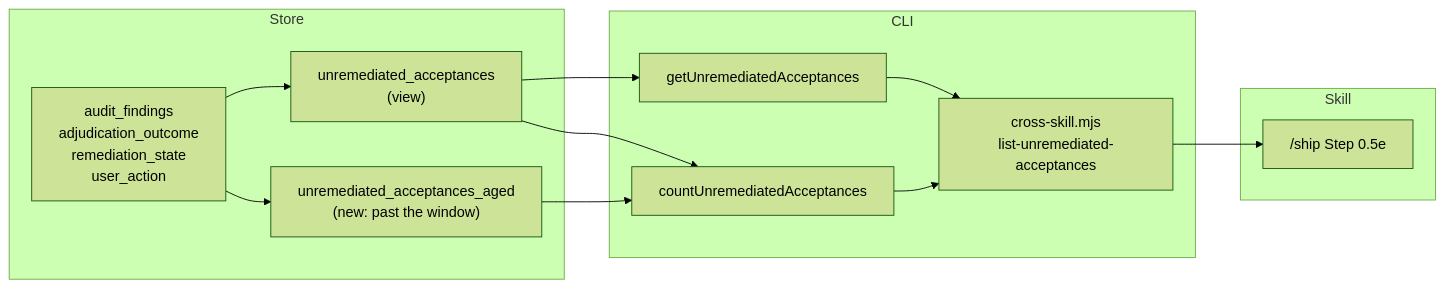
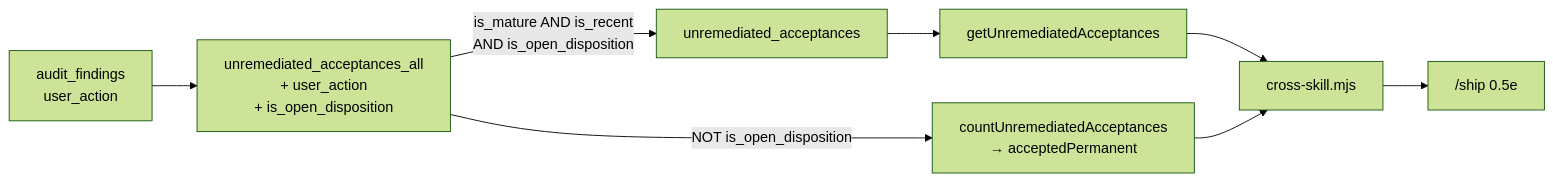
Before and after one commit to Lbstrydom/claude-engineering-skills: the diagram in docs/plans/unremediated-acceptance-backlog.md, drawn with Mermaid (forest theme). The commit also changed other lines of this file and 12 other files, not shown here.

````diff
--- a/docs/plans/unremediated-acceptance-backlog.md
+++ b/docs/plans/unremediated-acceptance-backlog.md
@@ -91,24 +82,10 @@
 ```mermaid
 graph LR
-  subgraph Store
-    AF["audit_findings<br/>adjudication_outcome<br/>remediation_state<br/>user_action"]
-    V["unremediated_acceptances<br/>(view)"]
-    VA["unremediated_acceptances_aged<br/>(new: past the window)"]
-  end
-  subgraph CLI
-    R["getUnremediatedAcceptances"]
-    C["countUnremediatedAcceptances"]
-    X["cross-skill.mjs<br/>list-unremediated-acceptances"]
-  end
-  subgraph Skill
-    S["/ship Step 0.5e"]
-  end
-  AF --> V
-  AF --> VA
-  V --> R
-  V --> C
-  VA --> C
-  R --> X
-  C --> X
-  X --> S
+  AF["audit_findings<br/>user_action"] --> ALL["unremediated_acceptances_all<br/>+ user_action<br/>+ is_open_disposition"]
+  ALL -->|"is_mature AND is_recent<br/>AND is_open_disposition"| NAG["unremediated_acceptances"]
+  ALL -->|"NOT is_open_disposition"| CNT["countUnremediatedAcceptances<br/>→ acceptedPermanent"]
+  NAG --> R["getUnremediatedAcceptances"]
+  R --> X["cross-skill.mjs"]
+  CNT --> X
+  X --> S["/ship 0.5e"]
 ```
````
